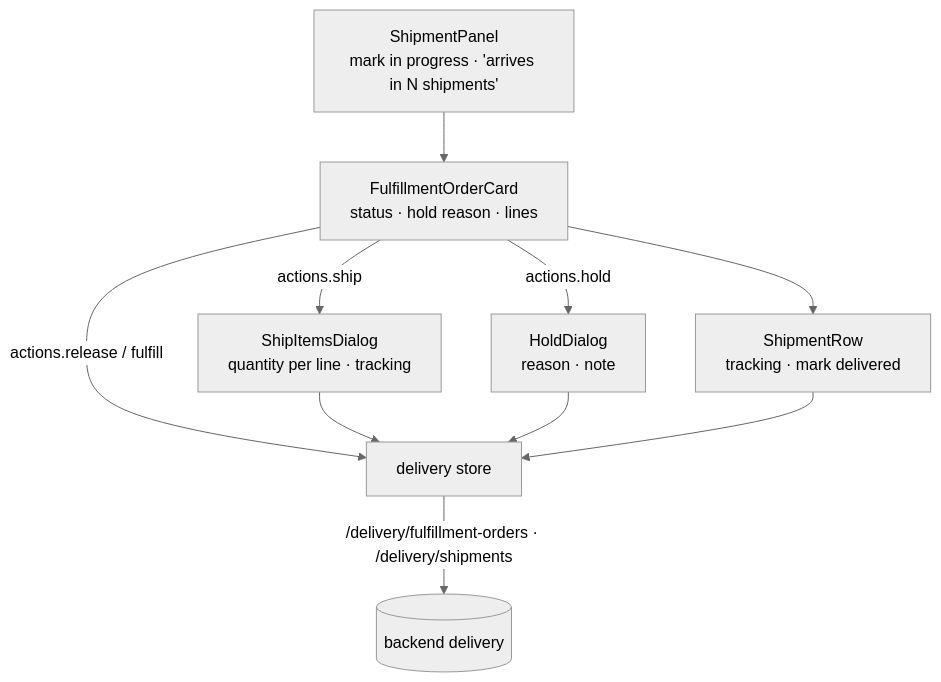
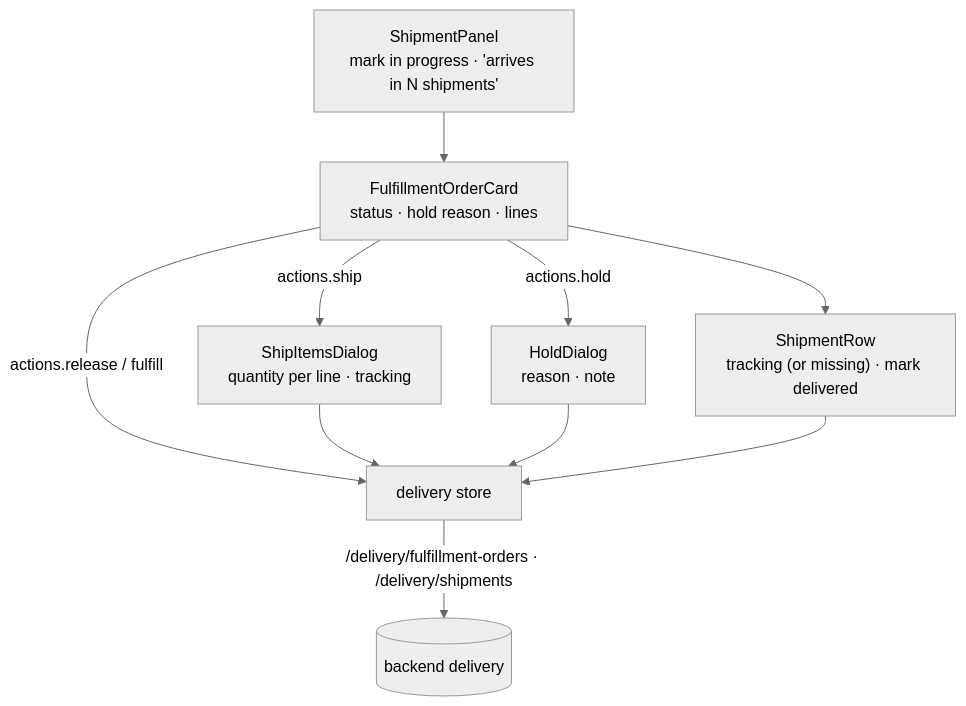
One commit to Guebbit/boilerplate-vue-frontend changed the second of 2 diagrams in docs/modules/delivery.md. Above: the diagram before and after it, drawn with Mermaid (neutral theme). The commit also changed other lines of this file and 18 other files, not shown here.

````diff
--- a/docs/modules/delivery.md
+++ b/docs/modules/delivery.md
@@ -78,12 +78,12 @@
 ```mermaid
 flowchart TD
     panel["ShipmentPanel<br/>mark in progress · 'arrives in N shipments'"] --> card["FulfillmentOrderCard<br/>status · hold reason · lines"]
-    card --> row["ShipmentRow<br/>tracking · mark delivered"]
+    card --> row["ShipmentRow<br/>tracking (or missing) · mark delivered"]
     card -- "actions.ship" --> ship["ShipItemsDialog<br/>quantity per line · tracking"]
     card -- "actions.hold" --> hold["HoldDialog<br/>reason · note"]
     card -- "actions.release / fulfill" --> store
     ship --> store["delivery store"]
     hold --> store
     row --> store
     store -->|"/delivery/fulfillment-orders · /delivery/shipments"| api[("backend delivery")]
 ```
````
